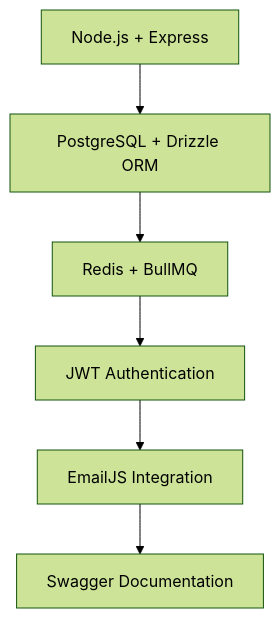
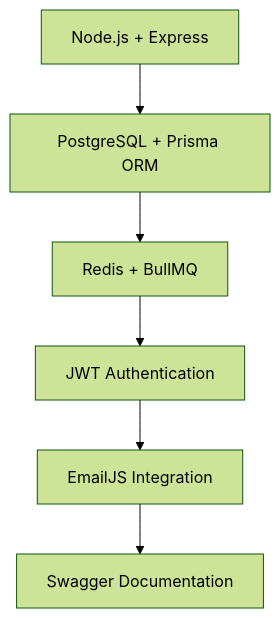
One commit to manziosee/WareTrack-Pro changed the second of 2 diagrams in README.md. Above: the diagram before and after it, drawn with Mermaid (forest theme). The commit also changed other lines of this file and 48 other files, not shown here.

First line of the commit message:
🔄 Convert to Prisma-only architecture

````diff
--- a/README.md
+++ b/README.md
@@ -98,8 +98,8 @@
 ```mermaid
 graph TD
-    A[Node.js + Express] --> B[PostgreSQL + Drizzle ORM]
+    A[Node.js + Express] --> B[PostgreSQL + Prisma ORM]
     B --> C[Redis + BullMQ]
     C --> D[JWT Authentication]
     D --> E[EmailJS Integration]
     E --> F[Swagger Documentation]
 ```
````
